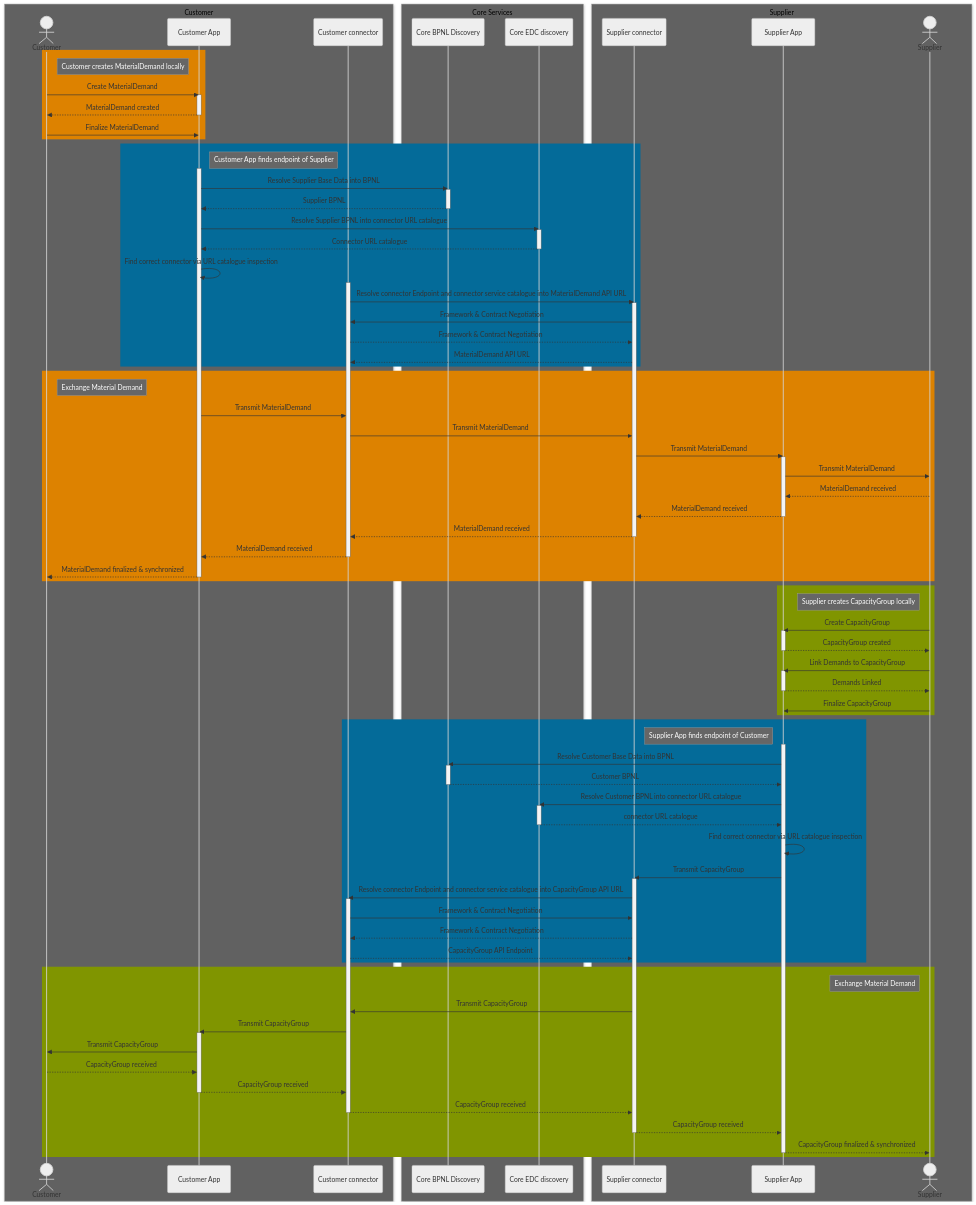
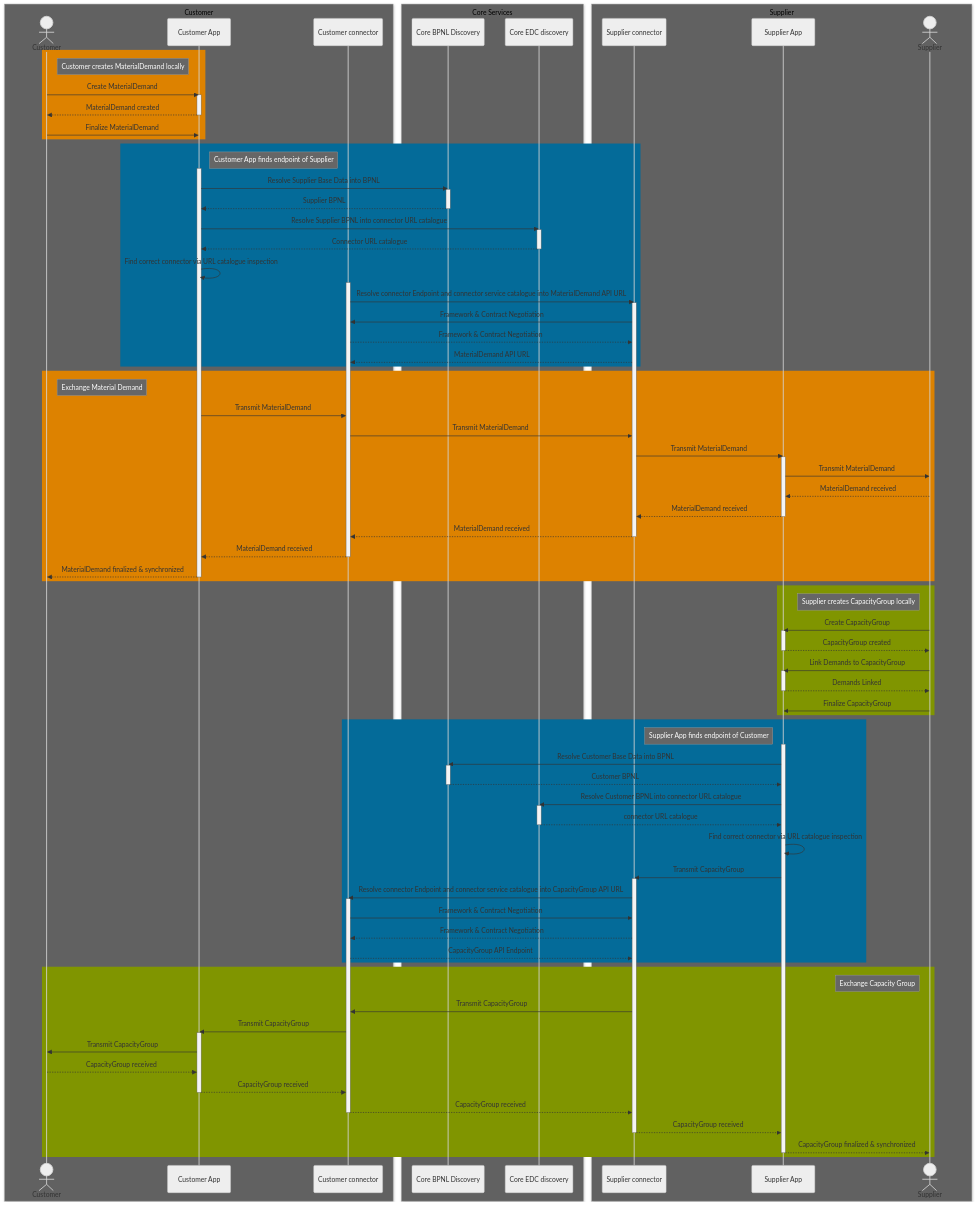
Before and after one commit to eclipse-tractusx/eclipse-tractusx.github.io: the diagram in docs-kits/kits/DCM-Kit/architecture-view/overview.md, drawn with Mermaid (neutral theme).

Commit message:
Fixed incorrect label in Mermaid Sequence Diagram

```diff
--- a/docs-kits/kits/DCM-Kit/architecture-view/overview.md
+++ b/docs-kits/kits/DCM-Kit/architecture-view/overview.md
@@ -160,7 +160,7 @@
         CustomerConnector -->> SupplierConnector: CapacityGroup API Endpoint
     end 
     rect rgb(128,149,0)
-        note left of Supplier: Exchange Material Demand
+        note left of Supplier: Exchange Capacity Group
         SupplierConnector ->> CustomerConnector: Transmit CapacityGroup
         CustomerConnector ->> CustomerApp: Transmit CapacityGroup
         activate CustomerApp
```
